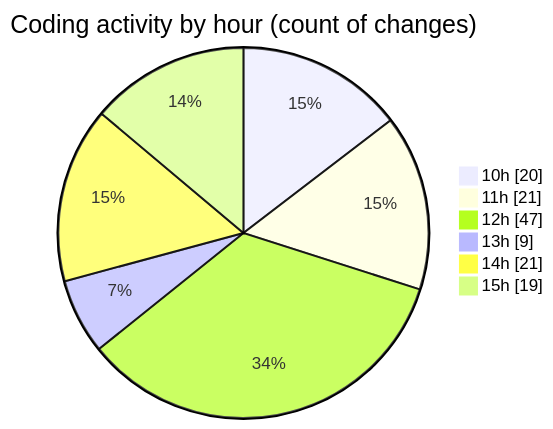
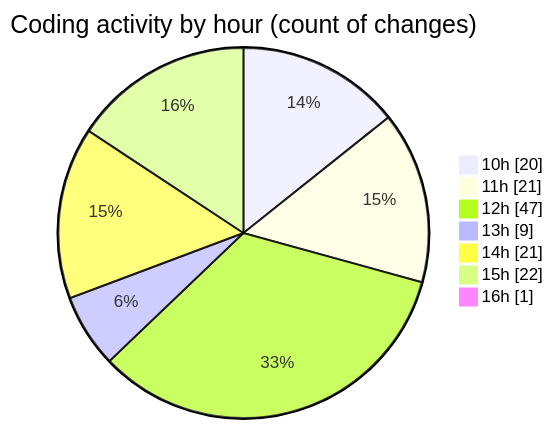
The second of 2 diagrams in 2025-05-20/cda/README.md (momahboobian/code-tracking), drawn with Mermaid before and after one commit. The commit also changed other lines of this file and 1 other file, not shown here.

````diff
--- a/2025-05-20/cda/README.md
+++ b/2025-05-20/cda/README.md
@@ -53,10 +53,11 @@
 ```mermaid
 pie showData
 title Coding activity by hour (count of changes)
 "10h" : 20
 "11h" : 21
 "12h" : 47
 "13h" : 9
 "14h" : 21
-"15h" : 19
+"15h" : 22
+"16h" : 1
 ```
````
